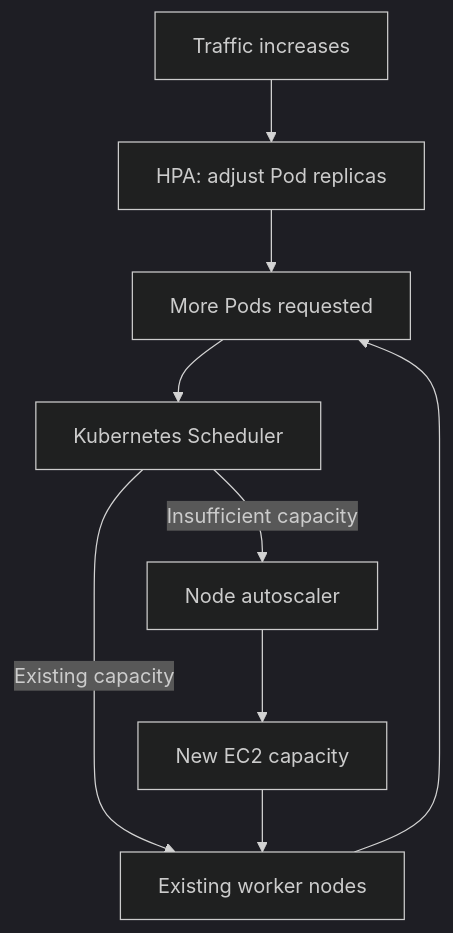
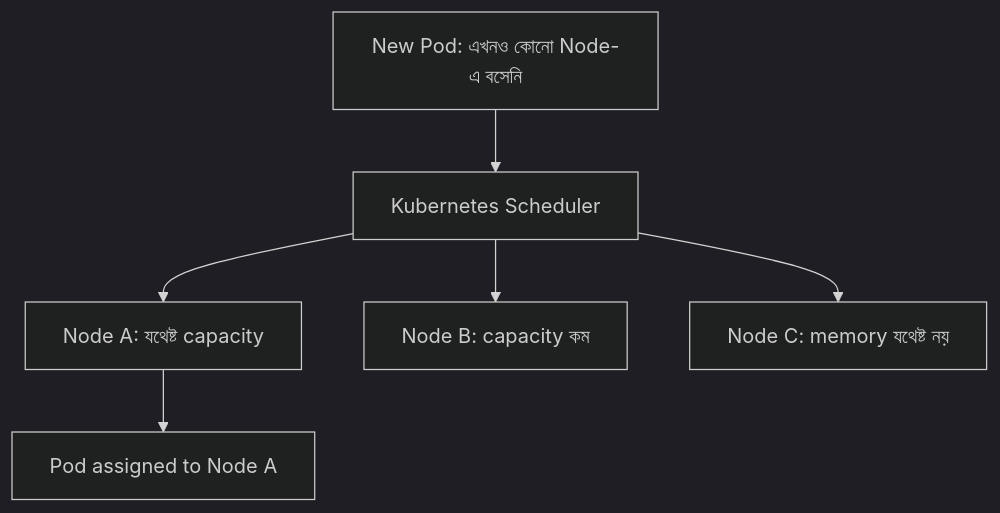
One commit to shomi-khan/k8s-tutorial changed the tenth of 13 diagrams in chapters/00-kubernetes-foundation/README.md. Above: the diagram before and after it, drawn with Mermaid (dark theme). The commit also changed other lines of this file, not shown here.

Commit message:
docs: clarify scheduler pods and AWS autoscaling

````diff
--- a/chapters/00-kubernetes-foundation/README.md
+++ b/chapters/00-kubernetes-foundation/README.md
@@ -326,11 +343,8 @@
 ```mermaid
 flowchart TD
-    U[Traffic increases] --> HPA[HPA: adjust Pod replicas]
-    HPA --> P[More Pods requested]
-    P --> S[Kubernetes Scheduler]
-    S -->|Existing capacity| N[Existing worker nodes]
-    S -->|Insufficient capacity| NA[Node autoscaler]
-    NA --> EC[New EC2 capacity]
-    EC --> N
-    N --> P
+    P[New Pod: এখনও কোনো Node-এ বসেনি] --> S[Kubernetes Scheduler]
+    S --> A[Node A: যথেষ্ট capacity]
+    S --> B[Node B: capacity কম]
+    S --> C[Node C: memory যথেষ্ট নয়]
+    A --> X[Pod assigned to Node A]
 ```
````
